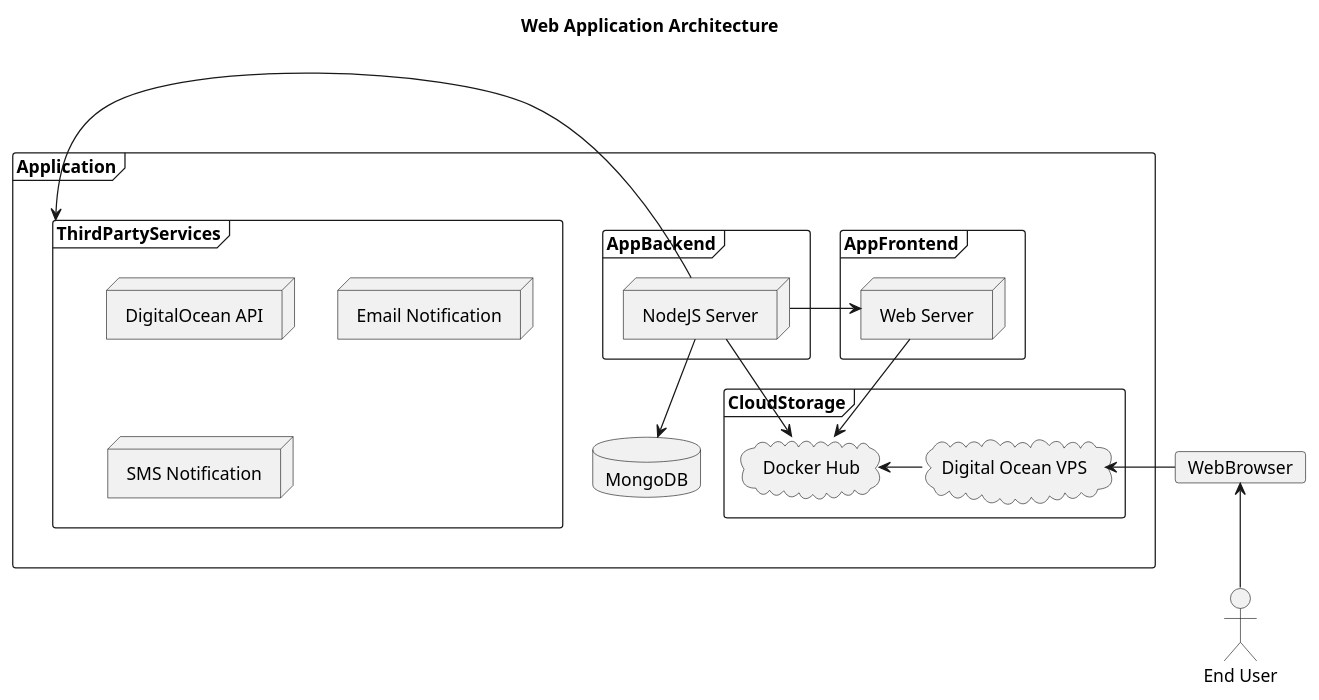
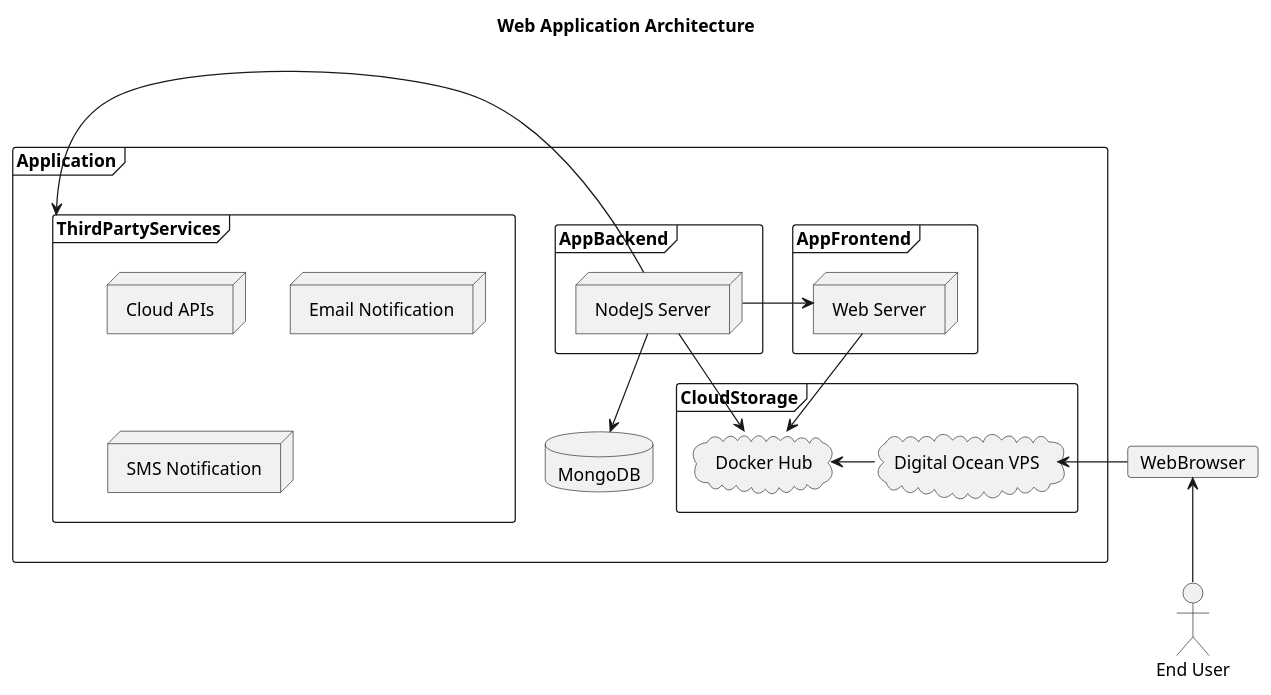
Before and after one commit to felixnguyen678/f0-capstone-project-backend: the diagram in docs/architecture/architecture-diagram.puml, drawn with PlantUML.

Commit message:
hotfix | update achitecture for third party service

```diff
--- a/docs/architecture/architecture-diagram.puml
+++ b/docs/architecture/architecture-diagram.puml
@@ -1,42 +1,42 @@
 @startuml Api Management in front of AKS
 
 title Web Application Architecture
 actor "End User" as User
 
 
 card WebBrowser as Browser
 
 frame Application{
 
     frame CloudStorage{
         cloud "Docker Hub" as DockerHub
         cloud "Digital Ocean VPS" as DOVPS
     }
 
     frame AppFrontend{
         node "Web Server" as WebServer
     }
 
     frame AppBackend{
         node "NodeJS Server" as NodeServer
     }
 
     frame ThirdPartyServices as ThirdPartyServices{
-        node "DigitalOcean API"
+        node "Cloud APIs"
         node "Email Notification"
         node "SMS Notification"
     }
 
     database MongoDB as DB
 }
 
 NodeServer -> ThirdPartyServices
 NodeServer --> DB
 WebServer <- NodeServer
 WebServer --> DockerHub
 NodeServer --> DockerHub
 DockerHub <- DOVPS
 DOVPS <- Browser
 Browser <-- User
 
 @enduml
```
